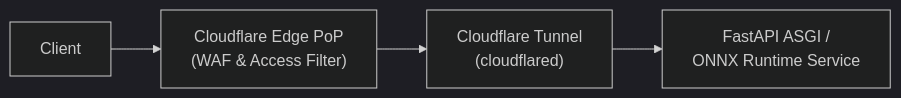
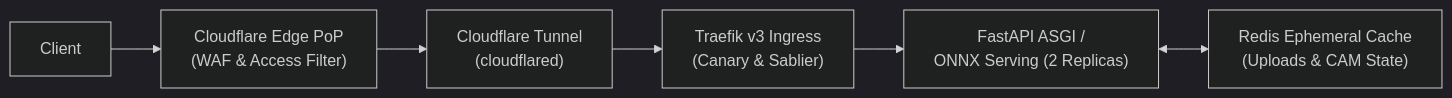
One commit to foersben/taxon-vision-mlops changed the diagram in docs/operations/deployment_runbook.md. Above: the diagram before and after it, drawn with Mermaid (dark theme). The commit also changed other lines of this file and 15 other files, not shown here.

First line of the commit message:
docs(architecture): synchronise package call graph, data-flow matrix, and operations specs

````diff
--- a/docs/operations/deployment_runbook.md
+++ b/docs/operations/deployment_runbook.md
@@ -64,6 +64,8 @@
 ```mermaid
 flowchart LR
     A["Client"] --> B["Cloudflare Edge PoP<br/>(WAF & Access Filter)"]
     B --> C["Cloudflare Tunnel<br/>(cloudflared)"]
-    C --> D["FastAPI ASGI /<br/>ONNX Runtime Service"]
+    C --> D["Traefik v3 Ingress<br/>(Canary & Sablier)"]
+    D --> E["FastAPI ASGI /<br/>ONNX Serving (2 Replicas)"]
+    E <--> F["Redis Ephemeral Cache<br/>(Uploads & CAM State)"]
 ```
````
